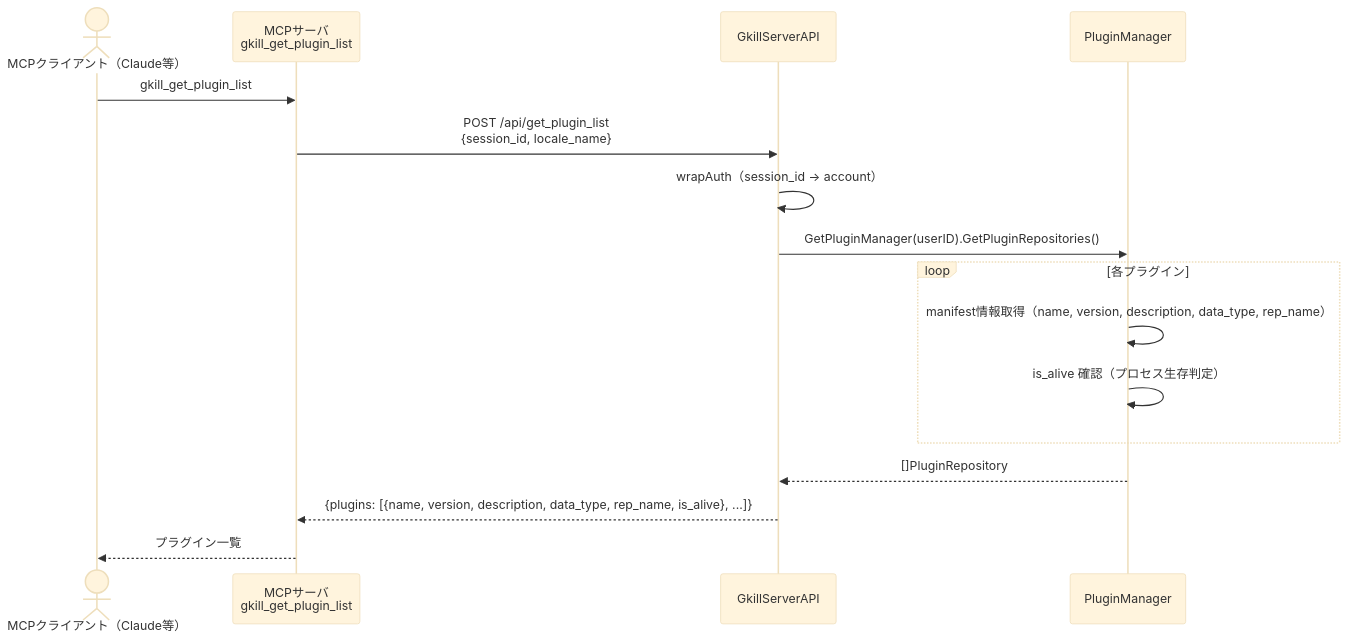
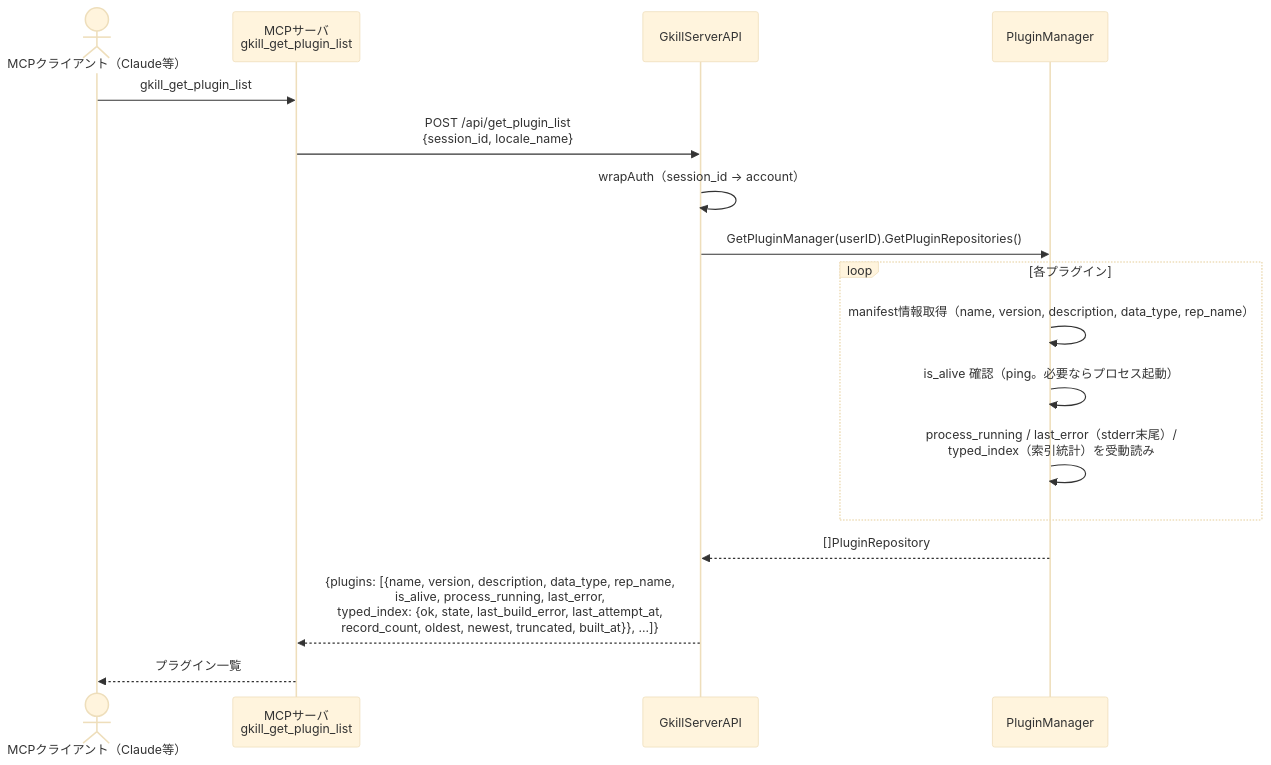
Before and after one commit to mt3hr/gkill: diagram 20 of 29 in documents/reverse/sequence-diagrams.md, drawn with Mermaid (base theme). The commit also changed other lines of this file and 33 other files, not shown here.

````diff
--- a/documents/reverse/sequence-diagrams.md
+++ b/documents/reverse/sequence-diagrams.md
@@ -712,19 +720,20 @@
 ```mermaid
 sequenceDiagram
     actor Client as MCPクライアント（Claude等）
     participant MCP as MCPサーバ<br>gkill_get_plugin_list
     participant API as GkillServerAPI
     participant PluginMgr as PluginManager
 
     Client->>MCP: gkill_get_plugin_list
     MCP->>API: POST /api/get_plugin_list<br>{session_id, locale_name}
     API->>API: wrapAuth（session_id → account）
     API->>PluginMgr: GetPluginManager(userID).GetPluginRepositories()
     loop 各プラグイン
         PluginMgr->>PluginMgr: manifest情報取得（name, version, description, data_type, rep_name）
-        PluginMgr->>PluginMgr: is_alive 確認（プロセス生存判定）
+        PluginMgr->>PluginMgr: is_alive 確認（ping。必要ならプロセス起動）
+        PluginMgr->>PluginMgr: process_running / last_error（stderr末尾）/<br>typed_index（索引統計）を受動読み
     end
     PluginMgr-->>API: []PluginRepository
-    API-->>MCP: {plugins: [{name, version, description, data_type, rep_name, is_alive}, ...]}
+    API-->>MCP: {plugins: [{name, version, description, data_type, rep_name,<br>is_alive, process_running, last_error,<br>typed_index: {ok, state, last_build_error, last_attempt_at,<br>record_count, oldest, newest, truncated, built_at}}, ...]}
     MCP-->>Client: プラグイン一覧
 ```
````
